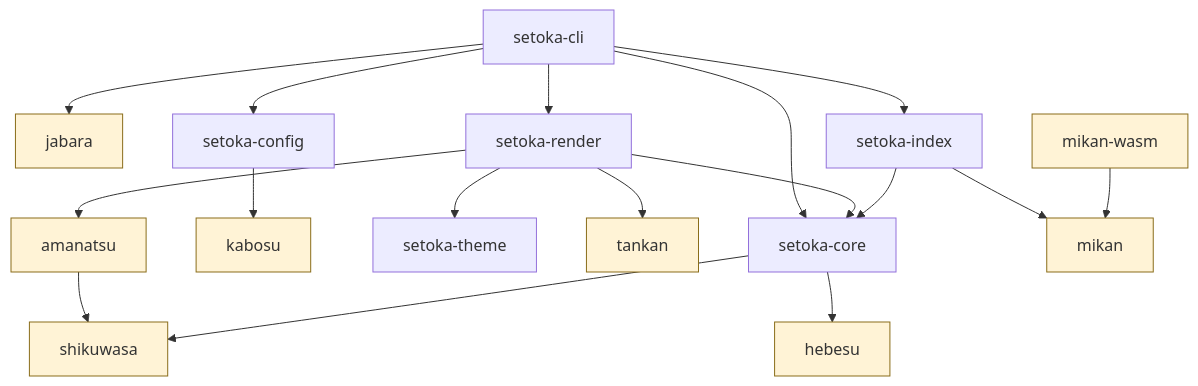
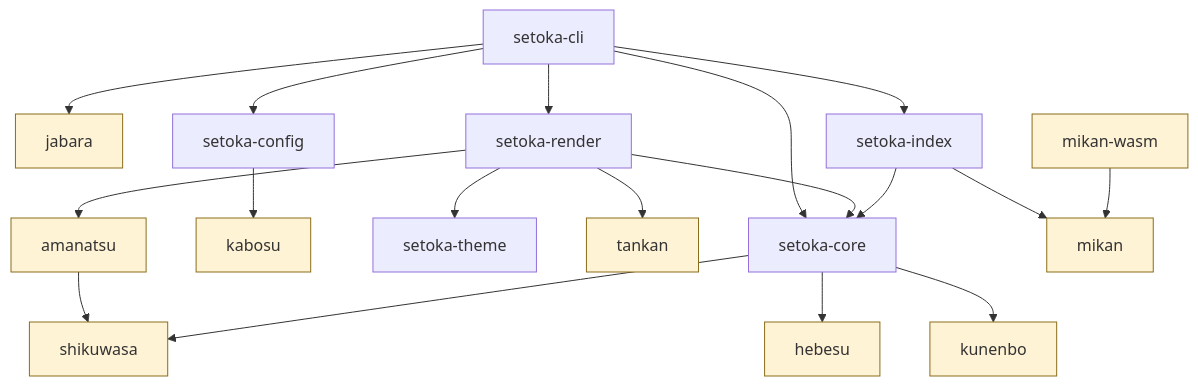
One commit to ai-implementer/setoka changed the diagram in docs/content/development/index.md. Above: the diagram before and after it, drawn with Mermaid. The commit also changed other lines of this file and 40 other files, not shown here.

````diff
--- a/docs/content/development/index.md
+++ b/docs/content/development/index.md
@@ -38,21 +39,22 @@
 ```mermaid
 flowchart TD
     CLI[setoka-cli] --> SRV[jabara]
     CLI --> REN[setoka-render]
     CLI --> IDX[setoka-index]
     CLI --> CORE[setoka-core]
     CLI --> CFG[setoka-config]
     CFG --> KAB[kabosu]
     REN --> CORE
     REN --> THEME[setoka-theme]
     REN --> TAN[tankan]
     REN --> API[amanatsu]
     API --> YAML[shikuwasa]
     CORE --> YAML
     CORE --> HEB[hebesu]
+    CORE --> KUN[kunenbo]
     IDX --> CORE
     IDX --> FMT[mikan]
     WASM[mikan-wasm] --> FMT
     classDef generic fill:#fff3d6,stroke:#8a6d1a
-    class TAN,FMT,WASM,KAB,YAML,API,HEB,SRV generic
+    class TAN,FMT,WASM,KAB,YAML,API,HEB,SRV,KUN generic
 ```
````
